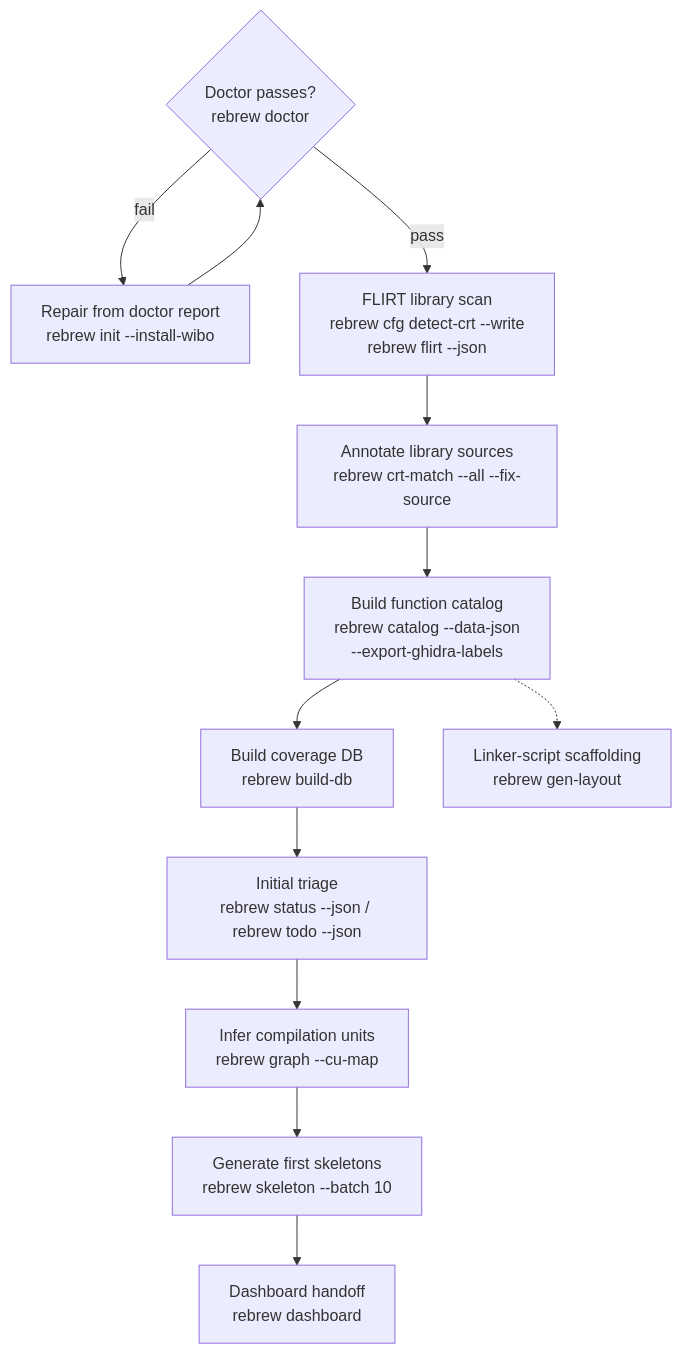
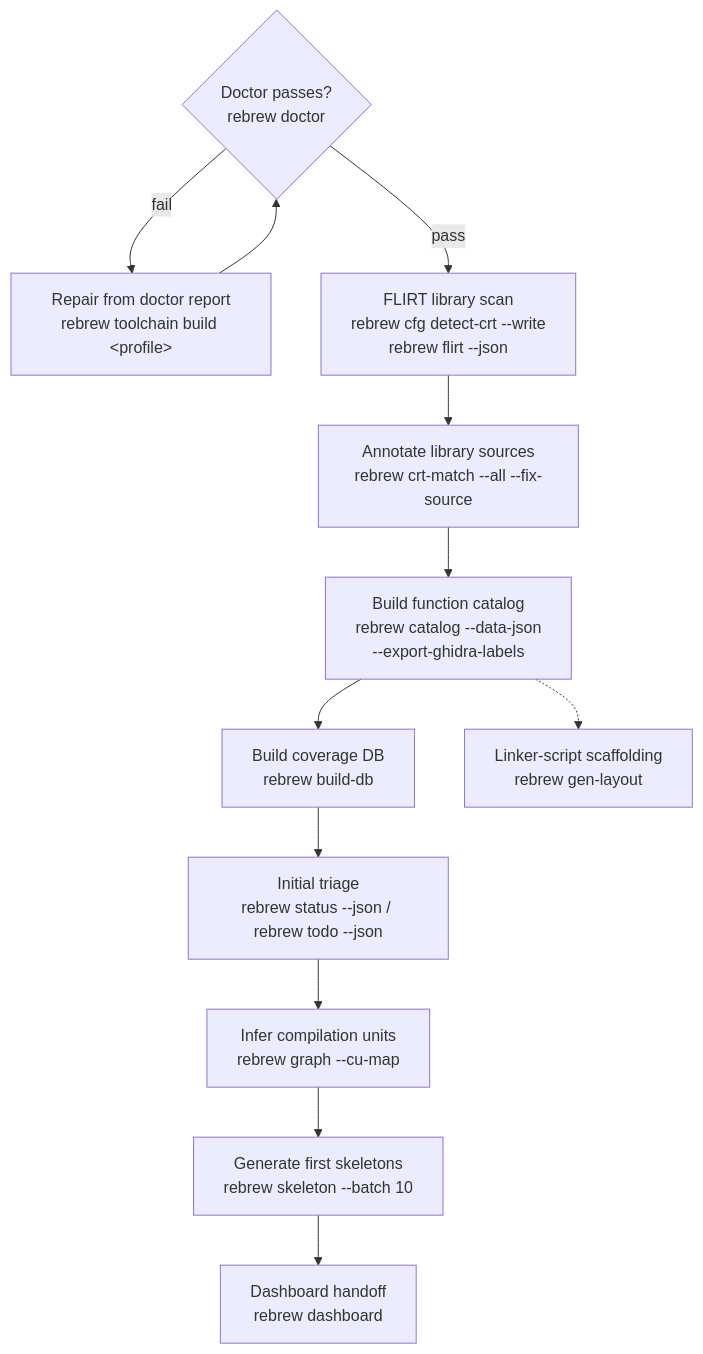
One commit to maci0/rebrew changed the diagram in .agents/skills/rebrew-intake/SKILL.md. Above: the diagram before and after it, drawn with Mermaid. The commit also changed other lines of this file and 41 other files, not shown here.

````diff
--- a/.agents/skills/rebrew-intake/SKILL.md
+++ b/.agents/skills/rebrew-intake/SKILL.md
@@ -7,14 +7,14 @@
 ```mermaid
 graph TD
-    Doctor{Doctor passes?<br/>rebrew doctor} -->|fail| Fix[Repair from doctor report<br/>rebrew init --install-wibo]
+    Doctor{Doctor passes?<br/>rebrew doctor} -->|fail| Fix[Repair from doctor report<br/>rebrew toolchain build &lt;profile&gt;]
     Fix --> Doctor
     Doctor -->|pass| Flirt[FLIRT library scan<br/>rebrew cfg detect-crt --write<br/>rebrew flirt --json]
     Flirt --> CrtMatch[Annotate library sources<br/>rebrew crt-match --all --fix-source]
     CrtMatch --> Catalog[Build function catalog<br/>rebrew catalog --data-json<br/>--export-ghidra-labels]
     Catalog --> BuildDb[Build coverage DB<br/>rebrew build-db]
     BuildDb --> Triage[Initial triage<br/>rebrew status --json / rebrew todo --json]
     Triage --> CuMap[Infer compilation units<br/>rebrew graph --cu-map]
     CuMap --> Skeleton[Generate first skeletons<br/>rebrew skeleton --batch 10]
     Skeleton --> Dashboard[Dashboard handoff<br/>rebrew dashboard]
     Catalog -.-> Layout[Linker-script scaffolding<br/>rebrew gen-layout]
 ```
````
